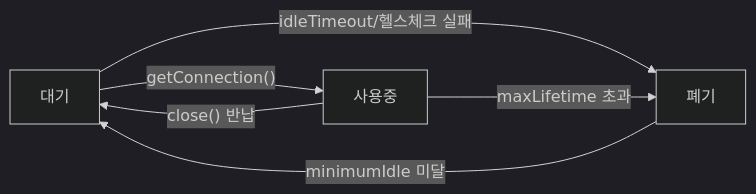
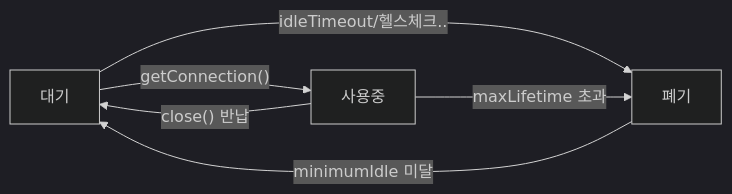
The second of 4 diagrams in _posts/db/2026-05-01-db-connection-pool.md (yjkim2015/yjkim2015.github.io), drawn with Mermaid (dark theme) before and after one commit. The commit also changed other lines of this file and 132 other files, not shown here.

First line of the commit message:
Mermaid 다이어그램 가독성 정리: 단순 제거, 노드 축소, TD→LR 변환

````diff
--- a/_posts/db/2026-05-01-db-connection-pool.md
+++ b/_posts/db/2026-05-01-db-connection-pool.md
@@ -67,11 +63,11 @@
 ```mermaid
 graph LR
     대기["대기"]
     사용중["사용중"]
     폐기["폐기"]
     대기 -->|"getConnection()"| 사용중
     사용중 -->|"close() 반납"| 대기
-    대기 -->|"idleTimeout/헬스체크 실패"| 폐기
+    대기 -->|idleTimeout/헬스체크..| 폐기
     사용중 -->|"maxLifetime 초과"| 폐기
     폐기 -->|"minimumIdle 미달"| 대기
 ```
````
